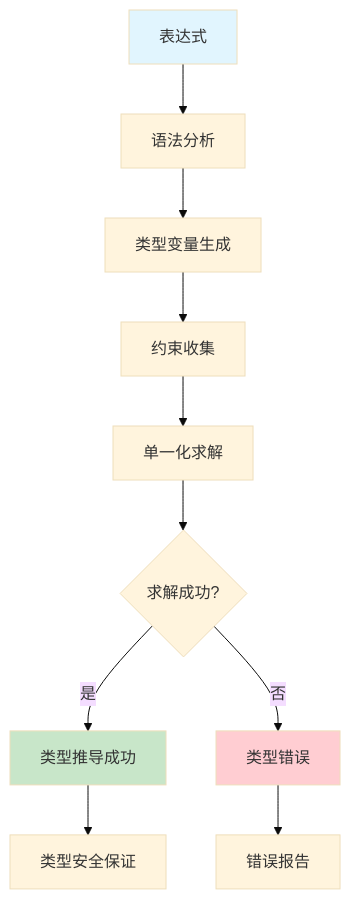
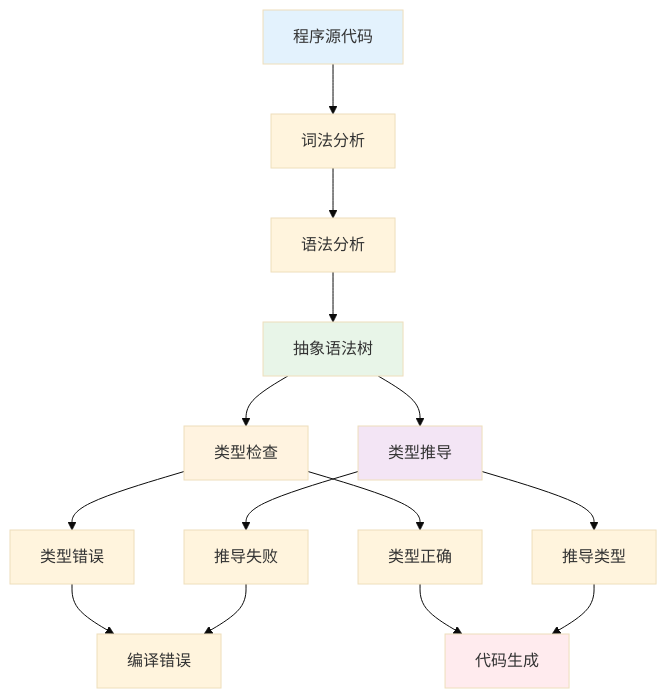
Before and after one commit to AdaMartin18010/Lean: the first of 4 diagrams in analysis/1-形式化理论/1.2-类型理论与证明/1.2.5-类型检查与推导.md, drawn with Mermaid (base theme). The commit also changed other lines of this file and 24 other files, not shown here.

````diff
--- a/analysis/1-形式化理论/1.2-类型理论与证明/1.2.5-类型检查与推导.md
+++ b/analysis/1-形式化理论/1.2-类型理论与证明/1.2.5-类型检查与推导.md
@@ -307,17 +41,27 @@
 ```mermaid
-graph TD
-  A[表达式] --> B[语法分析]
-  B --> C[类型变量生成]
-  C --> D[约束收集]
-  D --> E[单一化求解]
-  E --> F{求解成功?}
-  F -->|是| G[类型推导成功]
-  F -->|否| H[类型错误]
-  
-  G --> I[类型安全保证]
-  H --> J[错误报告]
-  
-  style A fill:#e1f5fe
-  style G fill:#c8e6c9
-  style H fill:#ffcdd2
+graph TB
+    A[程序源代码] --> B[词法分析]
+    B --> C[语法分析]
+    C --> D[抽象语法树]
+    
+    D --> E[类型检查]
+    D --> F[类型推导]
+    
+    E --> G[类型错误]
+    E --> H[类型正确]
+    
+    F --> I[推导类型]
+    F --> J[推导失败]
+    
+    H --> K[代码生成]
+    I --> K
+    
+    G --> L[编译错误]
+    J --> L
+    
+    style A fill:#e3f2fd
+    style D fill:#e8f5e8
+    style E fill:#fff3e0
+    style F fill:#f3e5f5
+    style K fill:#ffebee
 ```
````
